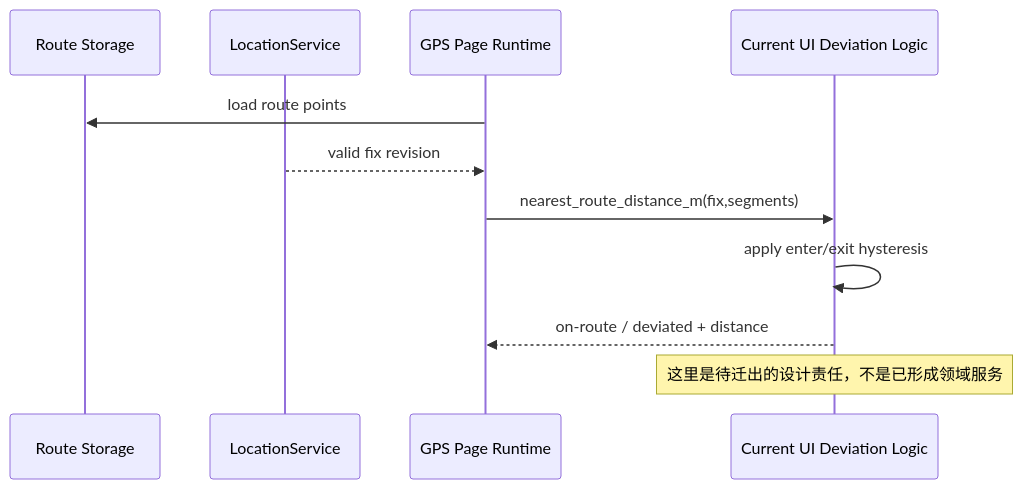
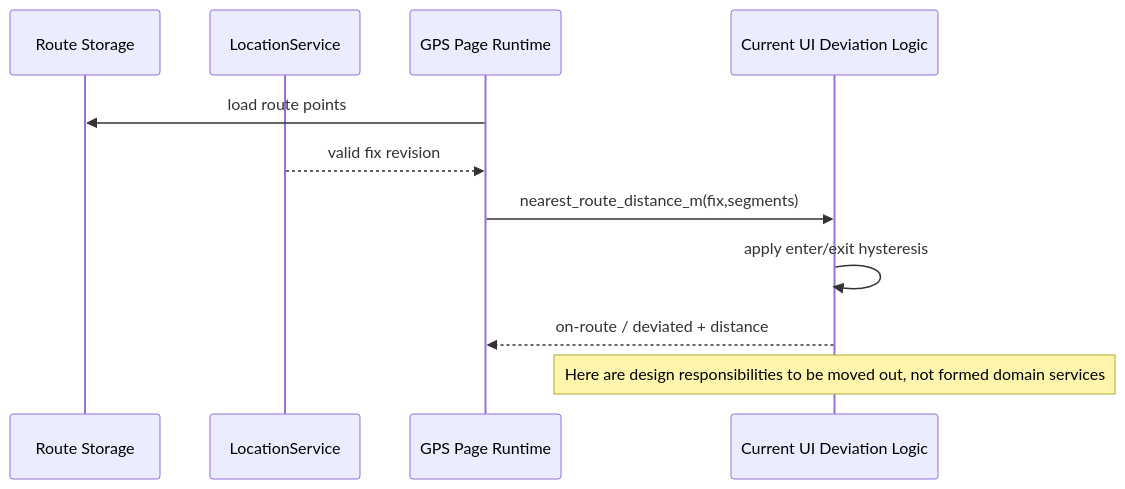
Before and after one commit to manmuqingshan/trail-mate: the diagram in docs/design/use-case-diagrams/follow-route/sequences/sequence-follow-route.md, drawn with Mermaid. The commit also changed other lines of this file and 527 other files, not shown here.

````diff
--- a/docs/design/use-case-diagrams/follow-route/sequences/sequence-follow-route.md
+++ b/docs/design/use-case-diagrams/follow-route/sequences/sequence-follow-route.md
@@ -2,13 +2,13 @@
 ```mermaid
 sequenceDiagram
   participant Store as Route Storage
   participant GPS as LocationService
   participant UI as GPS Page Runtime
   participant Policy as Current UI Deviation Logic
   UI->>Store: load route points
   GPS-->>UI: valid fix revision
   UI->>Policy: nearest_route_distance_m(fix,segments)
   Policy->>Policy: apply enter/exit hysteresis
   Policy-->>UI: on-route / deviated + distance
-  Note over Policy: 这里是待迁出的设计责任，不是已形成领域服务
+ Note over Policy: Here are design responsibilities to be moved out, not formed domain services
 ```
````
